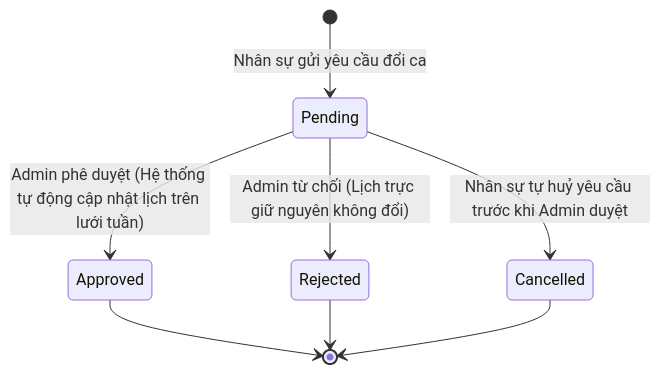
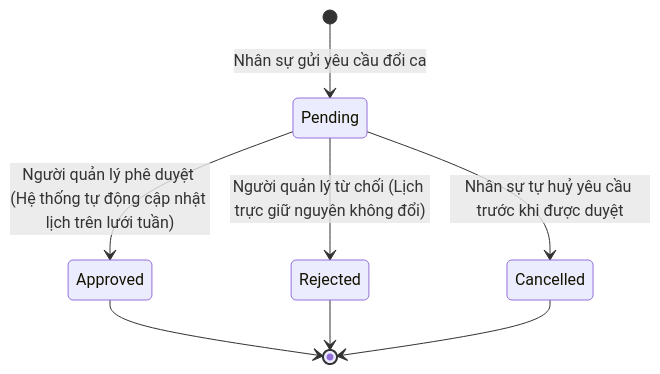
One commit to tnm-sangtao/GastroHub-Admin changed the diagram in DOCUMENTS/PRD-002-Shift-Planner.md. Above: the diagram before and after it, drawn with Mermaid. The commit also changed other lines of this file and 19 other files, not shown here.

````diff
--- a/DOCUMENTS/PRD-002-Shift-Planner.md
+++ b/DOCUMENTS/PRD-002-Shift-Planner.md
@@ -53,10 +89,10 @@
 ```mermaid
 stateDiagram-v2
     [*] --> Pending : Nhân sự gửi yêu cầu đổi ca
-    Pending --> Approved : Admin phê duyệt (Hệ thống tự động cập nhật lịch trên lưới tuần)
-    Pending --> Rejected : Admin từ chối (Lịch trực giữ nguyên không đổi)
-    Pending --> Cancelled : Nhân sự tự huỷ yêu cầu trước khi Admin duyệt
+    Pending --> Approved : Người quản lý phê duyệt (Hệ thống tự động cập nhật lịch trên lưới tuần)
+    Pending --> Rejected : Người quản lý từ chối (Lịch trực giữ nguyên không đổi)
+    Pending --> Cancelled : Nhân sự tự huỷ yêu cầu trước khi được duyệt
     Approved --> [*]
     Rejected --> [*]
     Cancelled --> [*]
 ```
````
